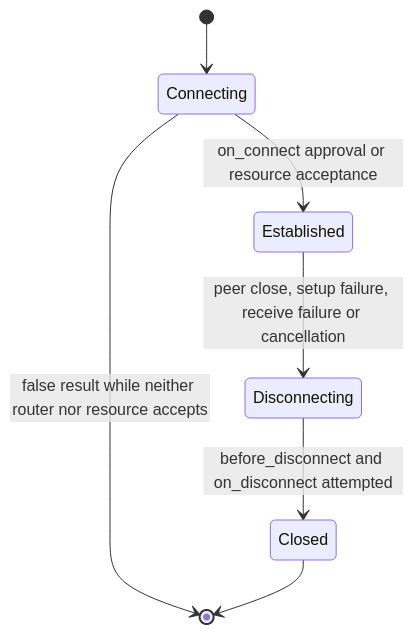
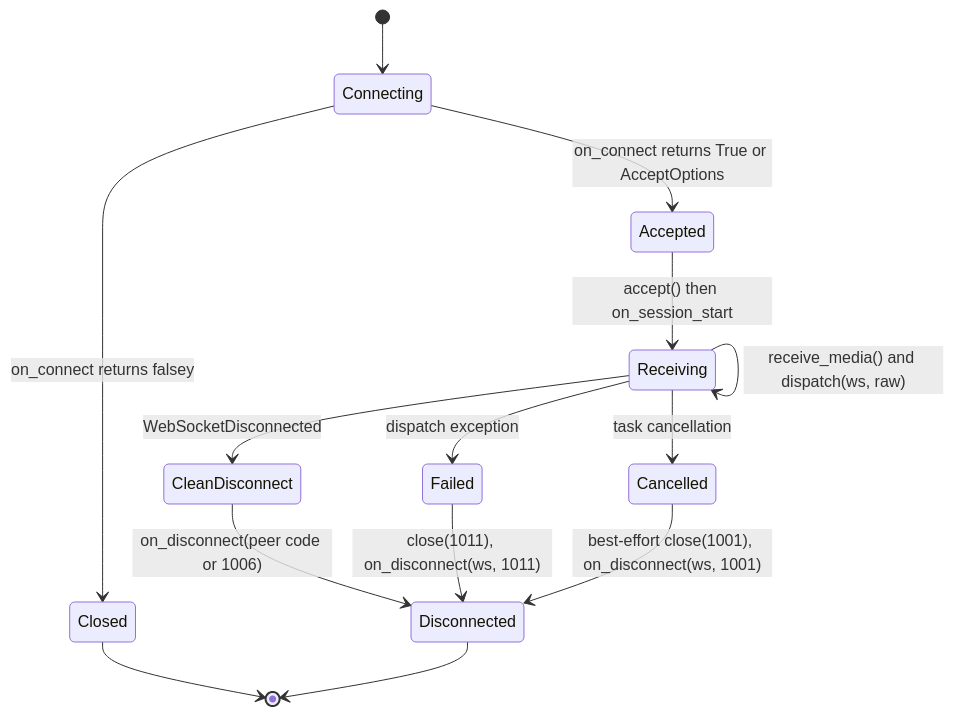
Before and after one commit to leynos/falcon-pachinko: the first of 20 diagrams in docs/falcon-websocket-extension-design.md, drawn with Mermaid. The commit also changed other lines of this file and 94 other files, not shown here.

First line of the commit message:
Define WebSocket connection lifecycle (#178) (#244)

````diff
--- a/docs/falcon-websocket-extension-design.md
+++ b/docs/falcon-websocket-extension-design.md
@@ -100,17 +71,24 @@
 ```mermaid
 stateDiagram-v2
     accTitle: WebSocket session state transitions
     accDescr {
-        Approval or resource-owned acceptance promises cleanup. An unaccepted
-        false result returns without cleanup only when the resource did not
-        accept during on_connect. Peer closure, failure or cancellation moves
-        an established session through one cleanup phase.
+        The session starts while the router runs on_connect. A falsey result
+        rejects the upgrade; an accepting result leads to router acceptance,
+        on_session_start and the receive and dispatch loop. Disconnect,
+        failure or cancellation leads to cleanup and the disconnected state.
     }
 
     [*] --> Connecting
-    Connecting --> Established: on_connect approval or resource acceptance
-    Connecting --> [*]: false result while neither router nor resource accepts
-    Established --> Disconnecting: peer close, setup failure, receive failure or cancellation
-    Disconnecting --> Closed: before_disconnect and on_disconnect attempted
+    Connecting --> Accepted: on_connect returns True or AcceptOptions
+    Connecting --> Closed: on_connect returns falsey
+    Accepted --> Receiving: accept() then on_session_start
+    Receiving --> Receiving: receive_media() and dispatch(ws, raw)
+    Receiving --> CleanDisconnect: WebSocketDisconnected
+    Receiving --> Failed: dispatch exception
+    Receiving --> Cancelled: task cancellation
+    CleanDisconnect --> Disconnected: on_disconnect(peer code or 1006)
+    Failed --> Disconnected: close(1011), on_disconnect(ws, 1011)
+    Cancelled --> Disconnected: best-effort close(1001), on_disconnect(ws, 1001)
     Closed --> [*]
+    Disconnected --> [*]
 ```
````
